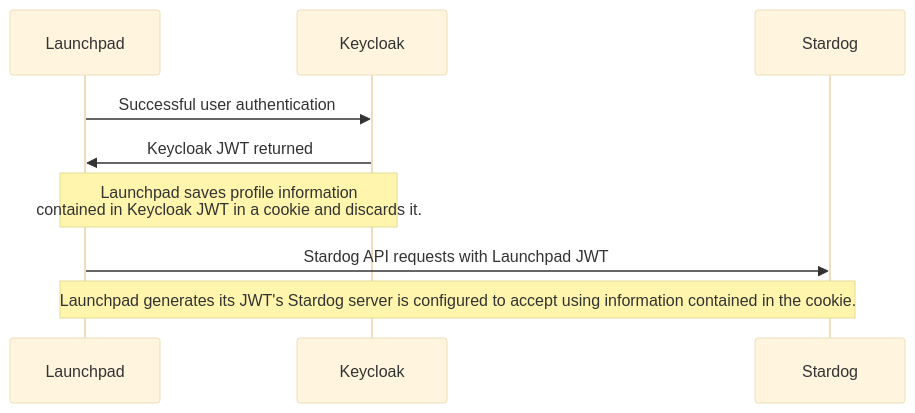
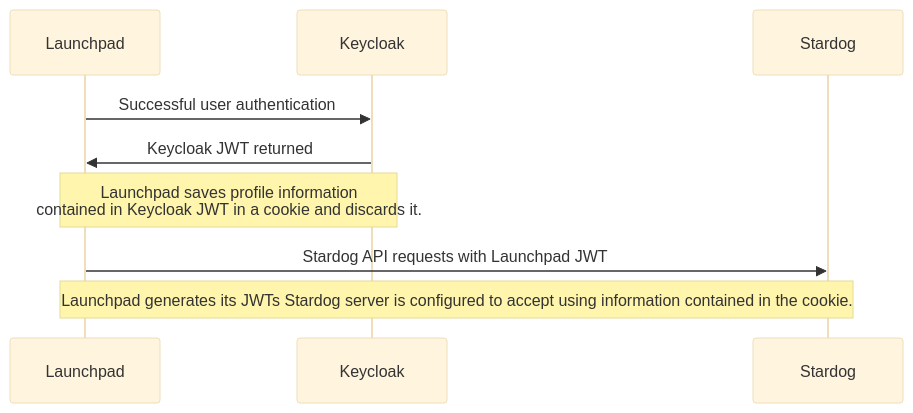
One commit to stardog-union/launchpad-docs changed the diagram in keycloak/README.md. Above: the diagram before and after it, drawn with Mermaid (base theme). The commit also changed other lines of this file and 6 other files, not shown here.

````diff
--- a/keycloak/README.md
+++ b/keycloak/README.md
@@ -32,8 +32,8 @@
 ```mermaid
 sequenceDiagram
   Launchpad->>Keycloak: Successful user authentication
   Keycloak->>Launchpad: Keycloak JWT returned
   Note over Keycloak,Launchpad: Launchpad saves profile information <br> contained in Keycloak JWT in a cookie and discards it.
   Launchpad->>Stardog: Stardog API requests with Launchpad JWT
-  Note over Launchpad,Stardog: Launchpad generates its JWT's Stardog server is configured to accept using information contained in the cookie.
+  Note over Launchpad,Stardog: Launchpad generates its JWTs Stardog server is configured to accept using information contained in the cookie.
 ```
````
